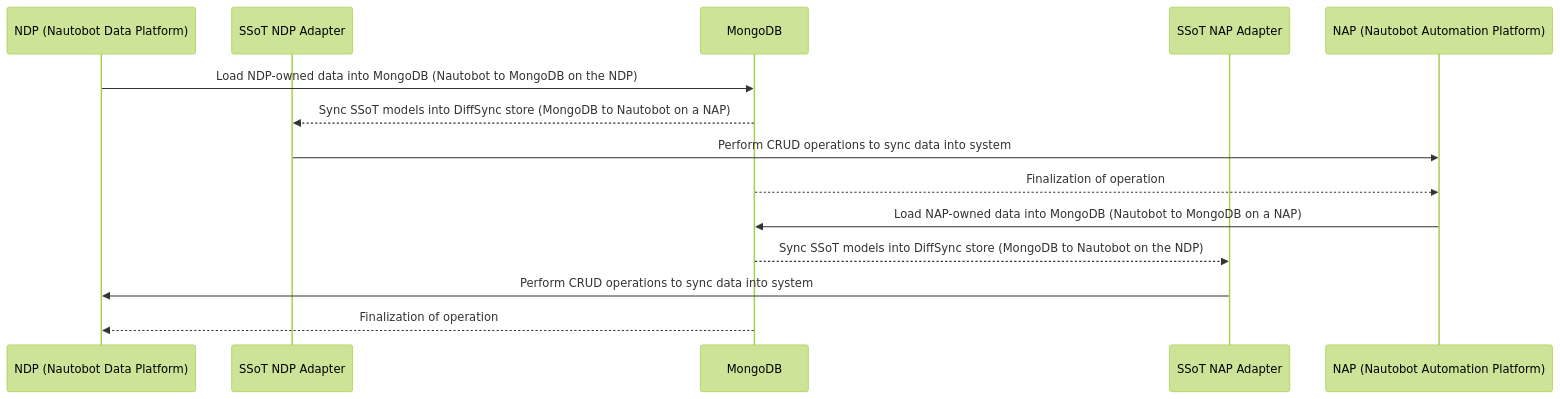
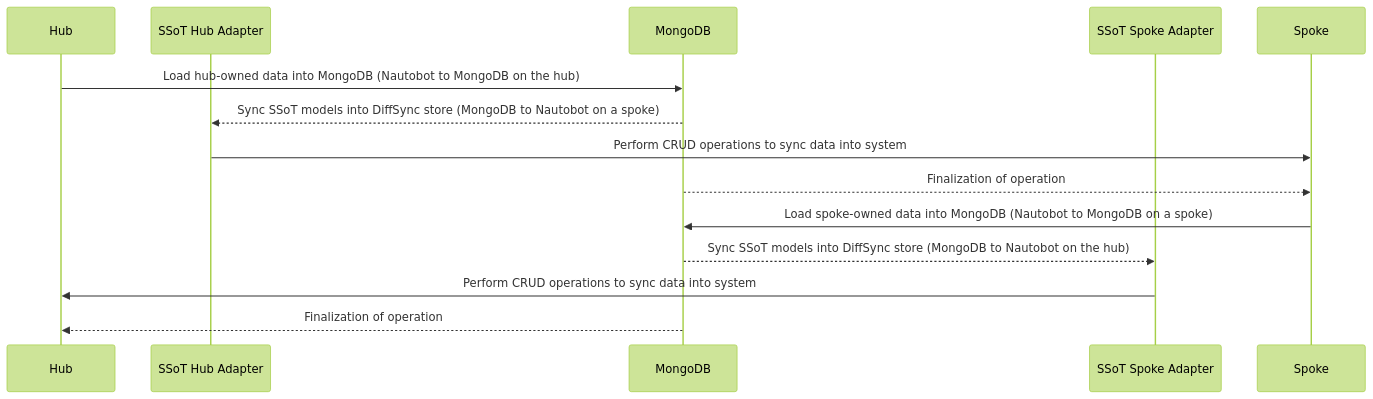
The diagram in docs/user/app_overview.md (jeffkala/nautobot-app-ssot-mongo), drawn with Mermaid (forest theme) before and after one commit. The commit also changed other lines of this file and 77 other files, not shown here.

````diff
--- a/docs/user/app_overview.md
+++ b/docs/user/app_overview.md
@@ -81,18 +87,18 @@
 ```mermaid
 sequenceDiagram
-    participant NDP as NDP (Nautobot Data Platform)
-    participant NDPAdapter as SSoT NDP Adapter
+    participant Hub
+    participant HubAdapter as SSoT Hub Adapter
     participant Mongo as MongoDB
-    participant NAPAdapter as SSoT NAP Adapter
-    participant NAP as NAP (Nautobot Automation Platform)
+    participant SpokeAdapter as SSoT Spoke Adapter
+    participant Spoke
 
-    NDP->>Mongo: Load NDP-owned data into MongoDB (Nautobot to MongoDB on the NDP)
-    Mongo-->>NDPAdapter: Sync SSoT models into DiffSync store (MongoDB to Nautobot on a NAP)
-    NDPAdapter->>NAP: Perform CRUD operations to sync data into system
-    Mongo-->>NAP: Finalization of operation
+    Hub->>Mongo: Load hub-owned data into MongoDB (Nautobot to MongoDB on the hub)
+    Mongo-->>HubAdapter: Sync SSoT models into DiffSync store (MongoDB to Nautobot on a spoke)
+    HubAdapter->>Spoke: Perform CRUD operations to sync data into system
+    Mongo-->>Spoke: Finalization of operation
 
-    NAP->>Mongo: Load NAP-owned data into MongoDB (Nautobot to MongoDB on a NAP)
-    Mongo-->>NAPAdapter: Sync SSoT models into DiffSync store (MongoDB to Nautobot on the NDP)
-    NAPAdapter->>NDP: Perform CRUD operations to sync data into system
-    Mongo-->>NDP: Finalization of operation
+    Spoke->>Mongo: Load spoke-owned data into MongoDB (Nautobot to MongoDB on a spoke)
+    Mongo-->>SpokeAdapter: Sync SSoT models into DiffSync store (MongoDB to Nautobot on the hub)
+    SpokeAdapter->>Hub: Perform CRUD operations to sync data into system
+    Mongo-->>Hub: Finalization of operation
 ```
````
